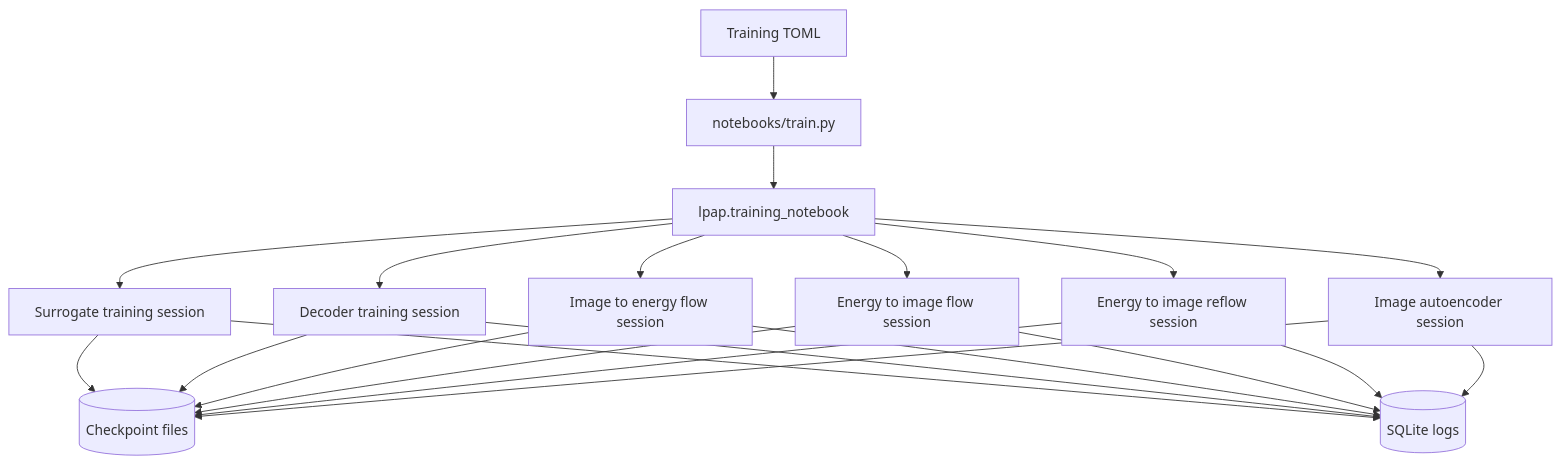
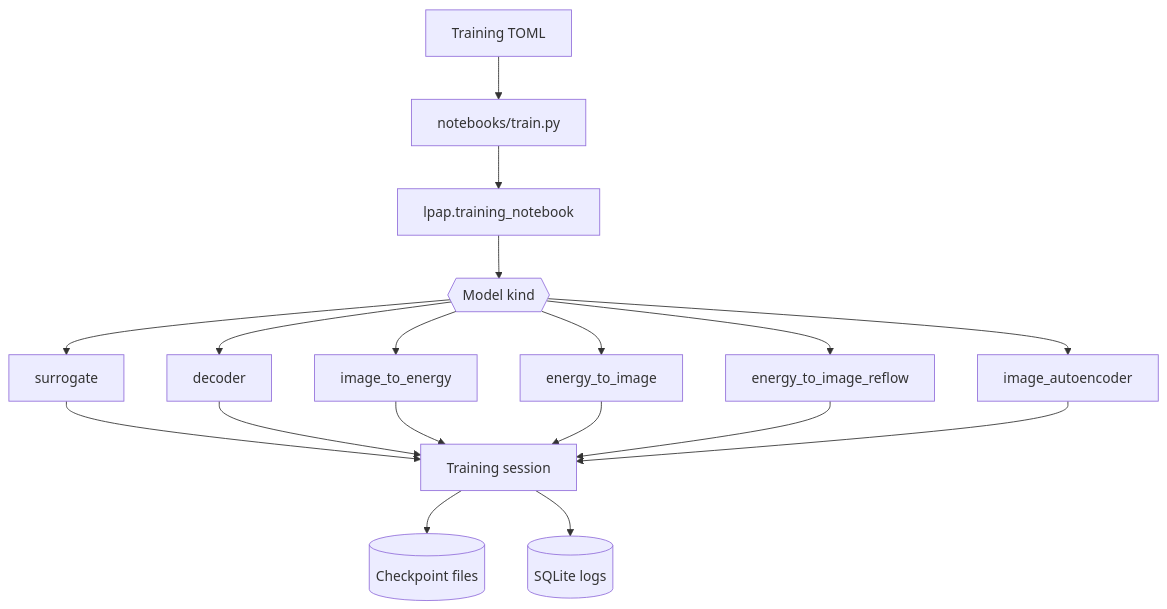
One commit to matovitch/lpap changed the first of 5 diagrams in doc/training-stack.md. Above: the diagram before and after it, drawn with Mermaid. The commit also changed other lines of this file and 3 other files, not shown here.

First line of the commit message:
docs: rework mermaid graphs and document the autoencoder loss

````diff
--- a/doc/training-stack.md
+++ b/doc/training-stack.md
@@ -16,34 +16,15 @@
 ```mermaid
 flowchart TD
-    config[Training TOML]
-    train_notebook[notebooks/train.py]
-    dispatch[lpap.training_notebook]
-    surrogate[Surrogate training session]
-    decoder[Decoder training session]
-    image_to_energy[Image to energy flow session]
-    energy_to_image[Energy to image flow session]
-    energy_to_image_reflow[Energy to image reflow session]
-    image_autoencoder[Image autoencoder session]
-    checkpoint[(Checkpoint files)]
-    sqlite[(SQLite logs)]
-
-    config --> train_notebook --> dispatch
-    dispatch --> surrogate
-    dispatch --> decoder
-    dispatch --> image_to_energy
-    dispatch --> energy_to_image
-    dispatch --> energy_to_image_reflow
-    dispatch --> image_autoencoder
-    surrogate --> checkpoint
-    decoder --> checkpoint
-    image_to_energy --> checkpoint
-    energy_to_image --> checkpoint
-    energy_to_image_reflow --> checkpoint
-    image_autoencoder --> checkpoint
-    surrogate --> sqlite
-    decoder --> sqlite
-    image_to_energy --> sqlite
-    energy_to_image --> sqlite
-    energy_to_image_reflow --> sqlite
-    image_autoencoder --> sqlite
+    config[Training TOML] --> train_notebook[notebooks/train.py]
+    train_notebook --> dispatch[lpap.training_notebook]
+    dispatch --> kinds{{Model kind}}
+    kinds --> surrogate[surrogate]
+    kinds --> decoder[decoder]
+    kinds --> image_to_energy[image_to_energy]
+    kinds --> energy_to_image[energy_to_image]
+    kinds --> energy_to_image_reflow[energy_to_image_reflow]
+    kinds --> image_autoencoder[image_autoencoder]
+    surrogate & decoder & image_to_energy & energy_to_image & energy_to_image_reflow & image_autoencoder --> session[Training session]
+    session --> checkpoint[(Checkpoint files)]
+    session --> sqlite[(SQLite logs)]
 ```
````
